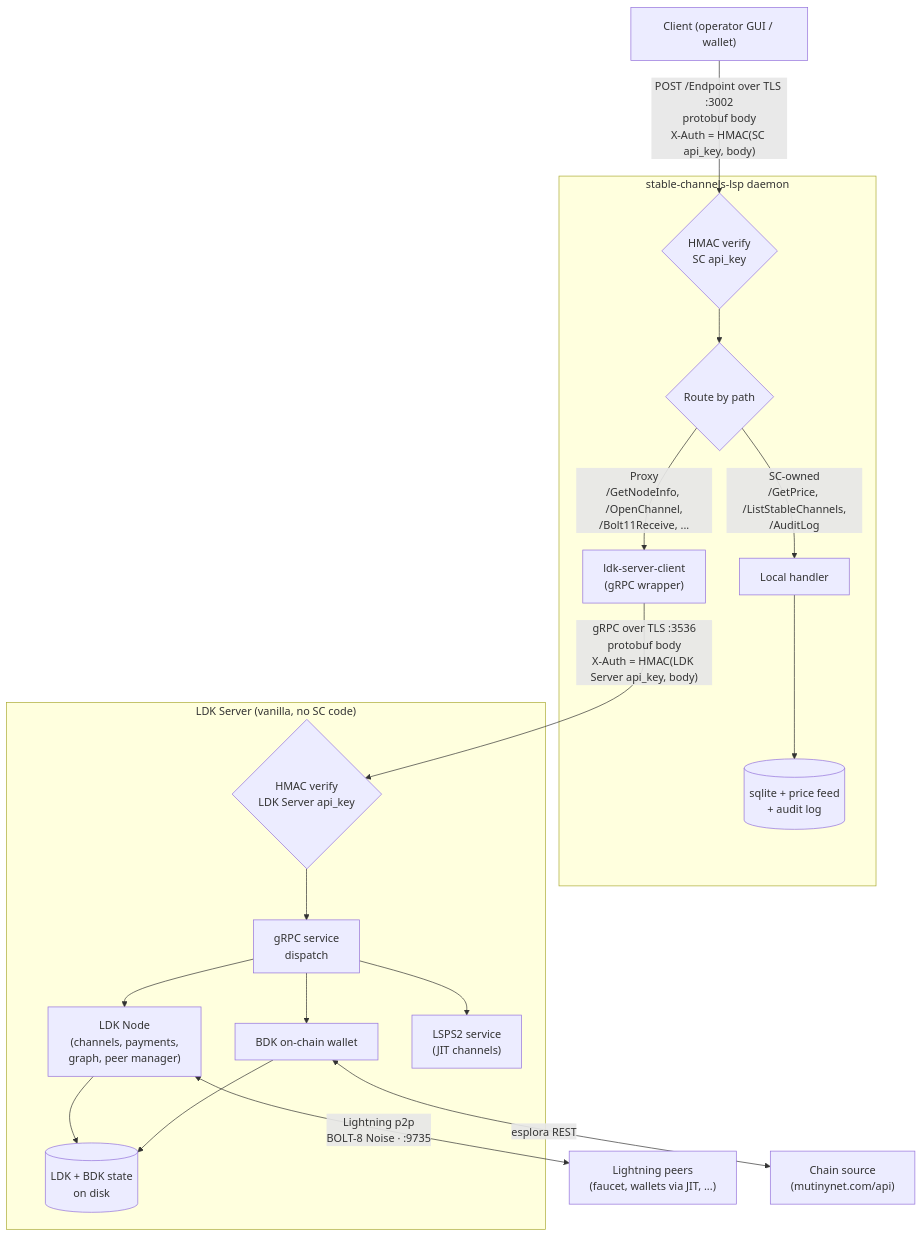
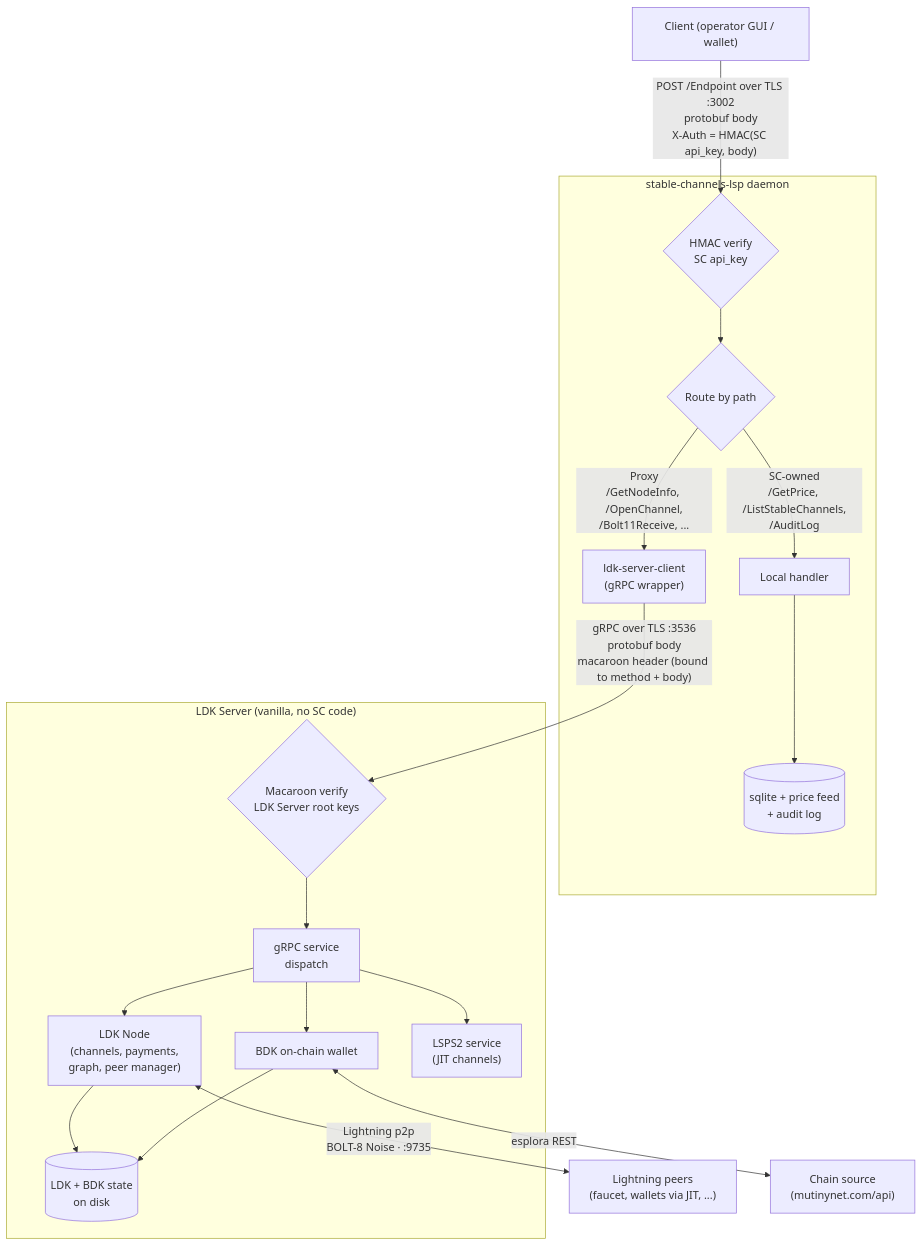
Before and after one commit to toneloc/stable-channels: the diagram in server/README.md, drawn with Mermaid. The commit also changed other lines of this file and 15 other files, not shown here.

Commit message:
feat(lsp): authenticate to LDK Server with its macaroon instead of the api key

````diff
--- a/server/README.md
+++ b/server/README.md
@@ -7,27 +7,27 @@
 ```mermaid
 flowchart TD
     Client["Client (operator GUI / wallet)"]
 
     Client -->|"POST /Endpoint over TLS :3002<br/>protobuf body<br/>X-Auth = HMAC(SC api_key, body)"| SCVerify
 
     subgraph SC ["stable-channels-lsp daemon"]
         SCVerify{"HMAC verify<br/>SC api_key"} --> Route{"Route by path"}
         Route -- "SC-owned<br/>/GetPrice, /ListStableChannels,<br/>/AuditLog" --> Local["Local handler"]
         Route -- "Proxy<br/>/GetNodeInfo, /OpenChannel,<br/>/Bolt11Receive, ..." --> Grpc["ldk-server-client<br/>(gRPC wrapper)"]
         Local --> SCData[("sqlite + price feed<br/>+ audit log")]
     end
 
-    Grpc -->|"gRPC over TLS :3536<br/>protobuf body<br/>X-Auth = HMAC(LDK Server api_key, body)"| LDKVerify
+    Grpc -->|"gRPC over TLS :3536<br/>protobuf body<br/>macaroon header (bound to method + body)"| LDKVerify
 
     subgraph LDK ["LDK Server (vanilla, no SC code)"]
-        LDKVerify{"HMAC verify<br/>LDK Server api_key"} --> LDKDispatch["gRPC service<br/>dispatch"]
+        LDKVerify{"Macaroon verify<br/>LDK Server root keys"} --> LDKDispatch["gRPC service<br/>dispatch"]
         LDKDispatch --> Node["LDK Node<br/>(channels, payments,<br/>graph, peer manager)"]
         LDKDispatch --> Bdk["BDK on-chain wallet"]
         LDKDispatch --> Lsps2["LSPS2 service<br/>(JIT channels)"]
         Node --> Store[("LDK + BDK state<br/>on disk")]
         Bdk --> Store
     end
 
     Node <-->|"Lightning p2p<br/>BOLT-8 Noise · :9735"| Peers["Lightning peers<br/>(faucet, wallets via JIT, ...)"]
     Bdk <-->|"esplora REST"| Esplora["Chain source<br/>(mutinynet.com/api)"]
 ```
````
